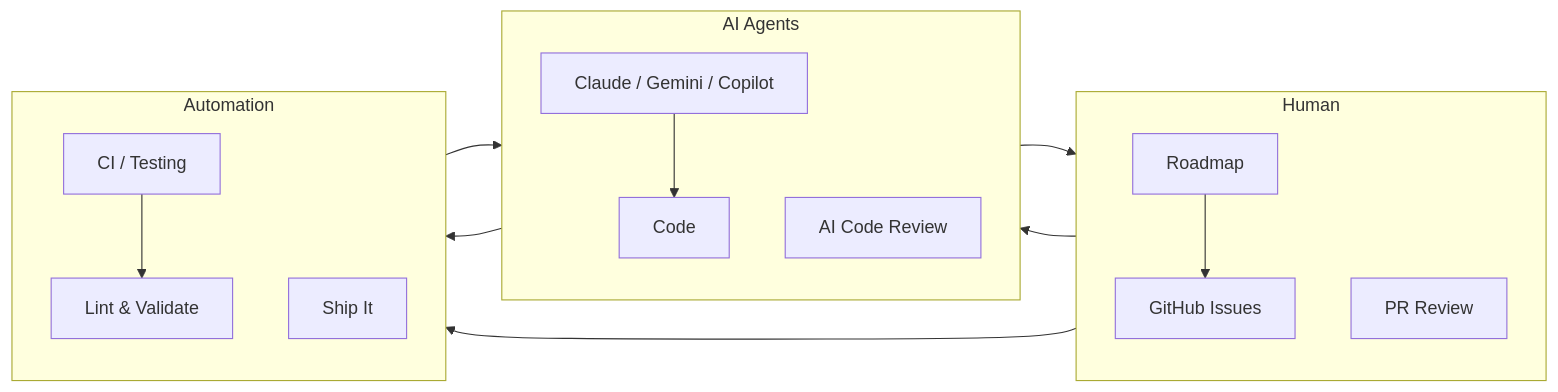
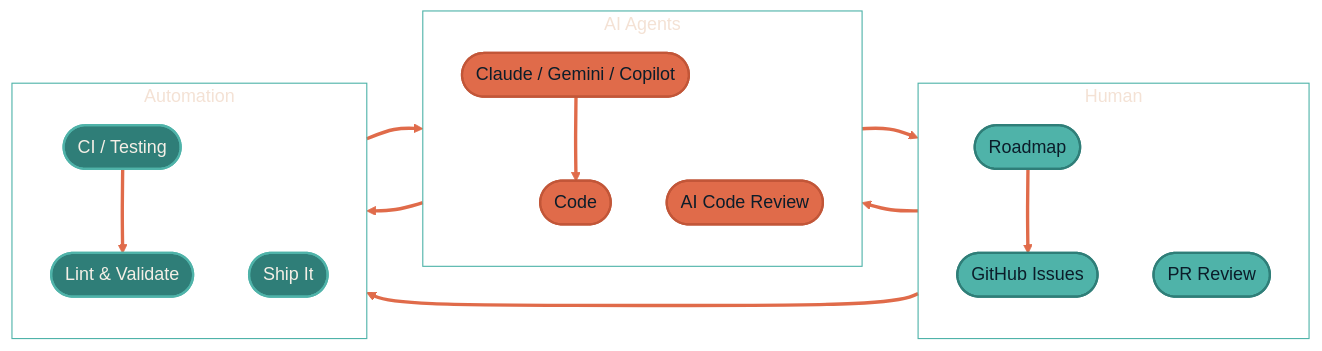
The diagram in README.md (JacobPEvans-personal/JacobPEvans-personal), drawn with Mermaid before and after one commit. The commit also changed other lines of this file, not shown here.

Commit message:
fix(profile): revert 3D contrib theme, apply Reef Green to AI pipeline mermaid
Two changes from my misinterpretation of the user's 'theme the chart' ask:

1. Revert 3D contribution calendar src back to profile-night-rainbow.svg.
   The night-green variant was incorrect — user wanted the rainbow.

2. Apply Reef Green identity to the actual chart they meant: the inline
   AI Dev Pipeline mermaid diagram under 'The Mission'. Solid fills per
   role (Human = Reef Green, AI Agents = Coral, Automation = Deep Green)
   with Ink/Paper text for contrast, Coral connectors, transparent
   subgraph backgrounds with Reef Green borders, Geist font.

Solid fills (not transparent) here because GitHub markdown renders this
inline and viewers may be in light OR dark mode — colored fills give
guaranteed text contrast either way. (The docs.jacobpevans.com site
uses transparent fills because its background is always Ink.)

NOTE: This PR does NOT touch .github/workflows/metrics.yml. The Reef
Green theme on the GitHub Metrics chart from #38 is still in place.
Say the word if you want that reverted too.

````diff
--- a/README.md
+++ b/README.md
@@ -79,22 +79,35 @@
 ```mermaid
+%%{init: {'theme':'base','themeVariables':{'primaryColor':'#4FB3A9','primaryTextColor':'#0B1D2A','primaryBorderColor':'#2F7E78','lineColor':'#E06B4A','secondaryColor':'#102937','tertiaryColor':'#0B1D2A','clusterBkg':'transparent','clusterBorder':'#4FB3A9','fontFamily':'Geist','fontSize':'16px'}}}%%
 flowchart LR
-    subgraph Human["Human"]
-        direction TB
-        H1["Roadmap"]
-        H2["GitHub Issues"]
-        H3["PR Review"]
-    end
-    subgraph AI["AI Agents"]
-        direction TB
-        A1["Claude / Gemini / Copilot"]
-        A2["Code"]
-        A3["AI Code Review"]
-    end
-    subgraph Auto["Automation"]
-        direction TB
-        T1["CI / Testing"]
-        T2["Lint & Validate"]
-        T3["Ship It"]
-    end
-    H1 --> H2 --> A1 --> A2 --> T1 --> T2 --> A3 --> H3 --> T3
+  subgraph Human["Human"]
+    direction TB
+    H1(["Roadmap"])
+    H2(["GitHub Issues"])
+    H3(["PR Review"])
+  end
+  subgraph AI["AI Agents"]
+    direction TB
+    A1(["Claude / Gemini / Copilot"])
+    A2(["Code"])
+    A3(["AI Code Review"])
+  end
+  subgraph Auto["Automation"]
+    direction TB
+    T1(["CI / Testing"])
+    T2(["Lint & Validate"])
+    T3(["Ship It"])
+  end
+  H1 --> H2 --> A1 --> A2 --> T1 --> T2 --> A3 --> H3 --> T3
+
+  style H1 fill:#4FB3A9,stroke:#2F7E78,stroke-width:2px,color:#0B1D2A
+  style H2 fill:#4FB3A9,stroke:#2F7E78,stroke-width:2px,color:#0B1D2A
+  style H3 fill:#4FB3A9,stroke:#2F7E78,stroke-width:2px,color:#0B1D2A
+  style A1 fill:#E06B4A,stroke:#C25638,stroke-width:2px,color:#0B1D2A
+  style A2 fill:#E06B4A,stroke:#C25638,stroke-width:2px,color:#0B1D2A
+  style A3 fill:#E06B4A,stroke:#C25638,stroke-width:2px,color:#0B1D2A
+  style T1 fill:#2F7E78,stroke:#4FB3A9,stroke-width:2px,color:#F4EFE6
+  style T2 fill:#2F7E78,stroke:#4FB3A9,stroke-width:2px,color:#F4EFE6
+  style T3 fill:#2F7E78,stroke:#4FB3A9,stroke-width:2px,color:#F4EFE6
+
+  linkStyle default stroke:#E06B4A,stroke-width:3px
 ```
````
